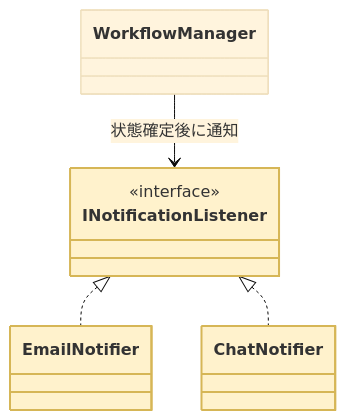
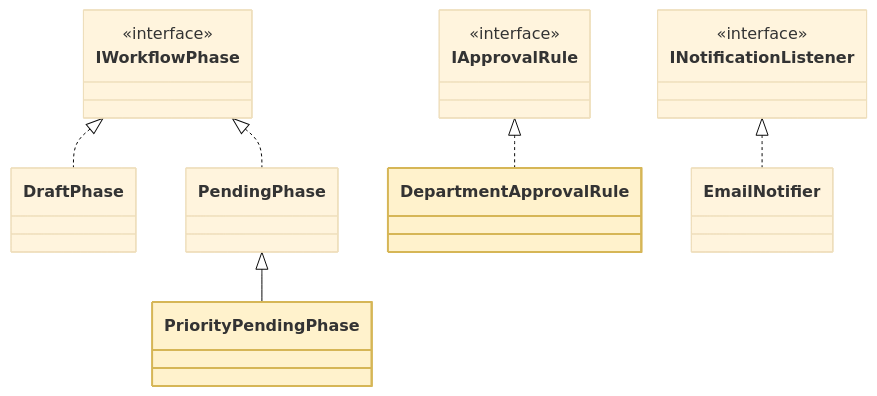
Diagram 13 of 21 in kindle/design-patterns/output/chapter12.md (kumachan1101-pixel/DesignPattern), drawn with Mermaid (base theme) before and after one commit. The commit also changed other lines of this file, not shown here.

````diff
--- a/kindle/design-patterns/output/chapter12.md
+++ b/kindle/design-patterns/output/chapter12.md
@@ -1535,14 +1933,19 @@
 ```mermaid
 classDiagram
-    class WorkflowManager
+    class IWorkflowPhase { <<interface>> }
+    class DraftPhase
+    class PendingPhase
+    class PriorityPendingPhase
+    class IApprovalRule { <<interface>> }
+    class DepartmentApprovalRule
     class INotificationListener { <<interface>> }
     class EmailNotifier
-    class ChatNotifier
-    WorkflowManager --> INotificationListener : 状態確定後に通知
+    IWorkflowPhase <|.. DraftPhase
+    IWorkflowPhase <|.. PendingPhase
+    PendingPhase <|-- PriorityPendingPhase
+    IApprovalRule <|.. DepartmentApprovalRule
     INotificationListener <|.. EmailNotifier
-    INotificationListener <|.. ChatNotifier
-    class INotificationListener:::focus
-    class EmailNotifier:::focus
-    class ChatNotifier:::focus
+    class PriorityPendingPhase:::focus
+    class DepartmentApprovalRule:::focus
     classDef focus fill:#FFF2CC,stroke:#D6B656,stroke-width:2px
 ```
````
